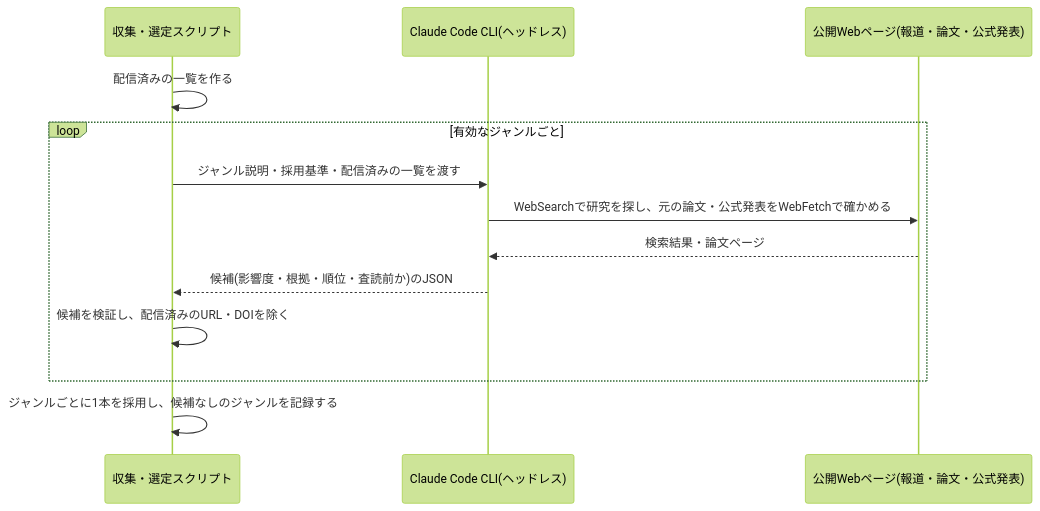
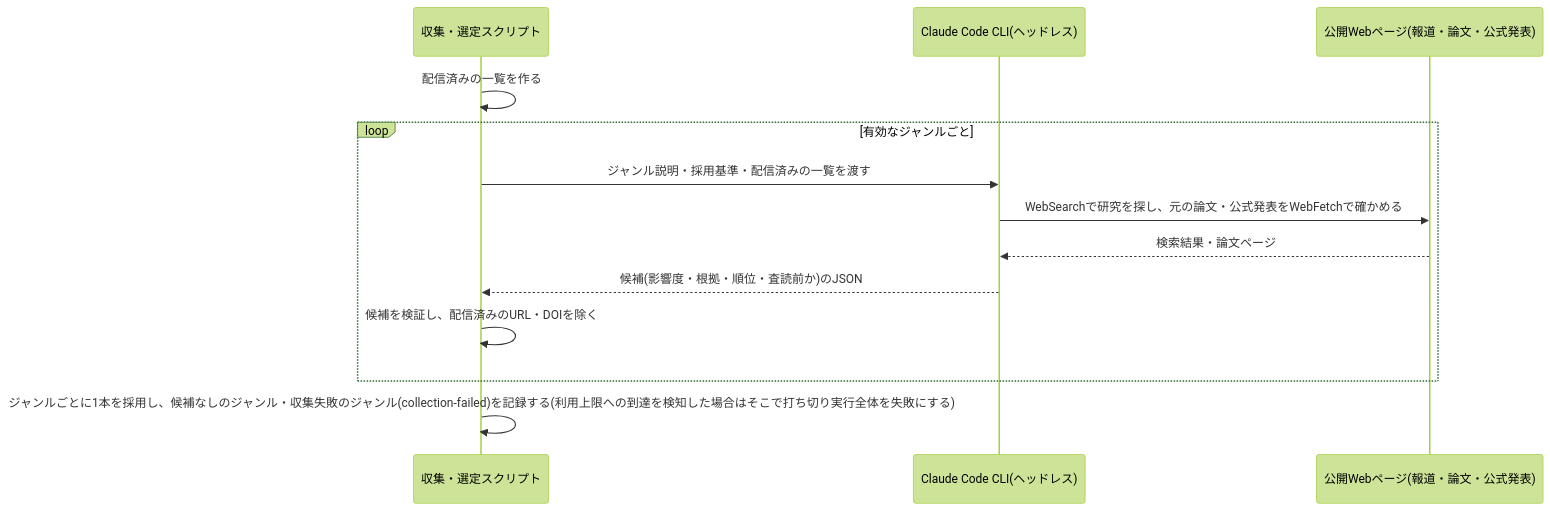
Before and after one commit to zakiyama0108/benriyatool: the diagram in specs/research-digest/content-selection/design.md, drawn with Mermaid (forest theme). The commit also changed other lines of this file and 7 other files, not shown here.

First line of the commit message:
spec(future-digest, research-digest): content-selectionの図に収集失敗を一言足し固定数表記を揃える

````diff
--- a/specs/research-digest/content-selection/design.md
+++ b/specs/research-digest/content-selection/design.md
@@ -74,16 +74,16 @@
 ```mermaid
 sequenceDiagram
     participant script as 収集・選定スクリプト
     participant claude as Claude Code CLI(ヘッドレス)
     participant web as 公開Webページ(報道・論文・公式発表)
 
     script ->> script: 配信済みの一覧を作る
     loop 有効なジャンルごと
         script ->> claude: ジャンル説明・採用基準・配信済みの一覧を渡す
         claude ->> web: WebSearchで研究を探し、元の論文・公式発表をWebFetchで確かめる
         web -->> claude: 検索結果・論文ページ
         claude -->> script: 候補(影響度・根拠・順位・査読前か)のJSON
         script ->> script: 候補を検証し、配信済みのURL・DOIを除く
     end
-    script ->> script: ジャンルごとに1本を採用し、候補なしのジャンルを記録する
+    script ->> script: ジャンルごとに1本を採用し、候補なしのジャンル・収集失敗のジャンル(collection-failed)を記録する(利用上限への到達を検知した場合はそこで打ち切り実行全体を失敗にする)
 ```
````
